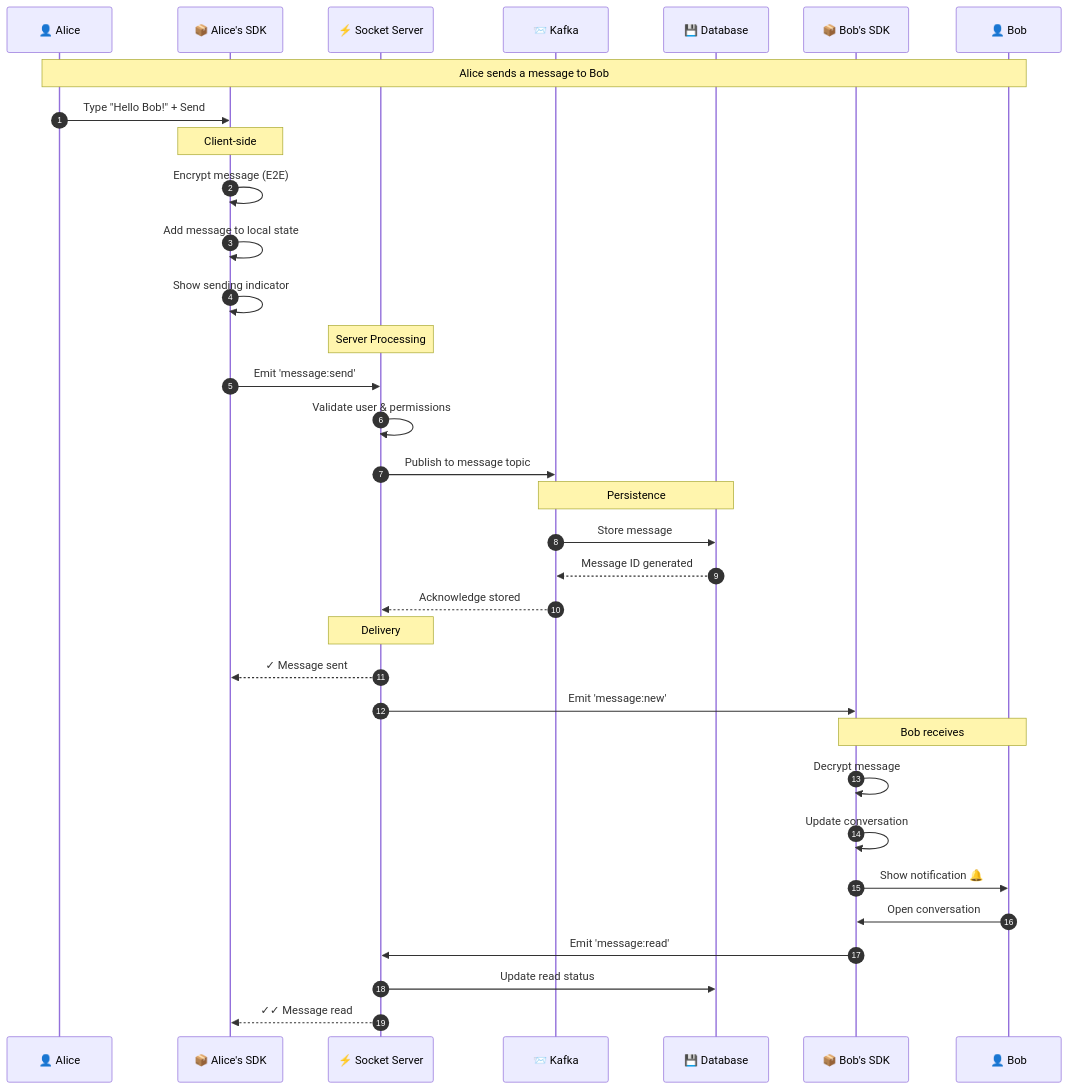
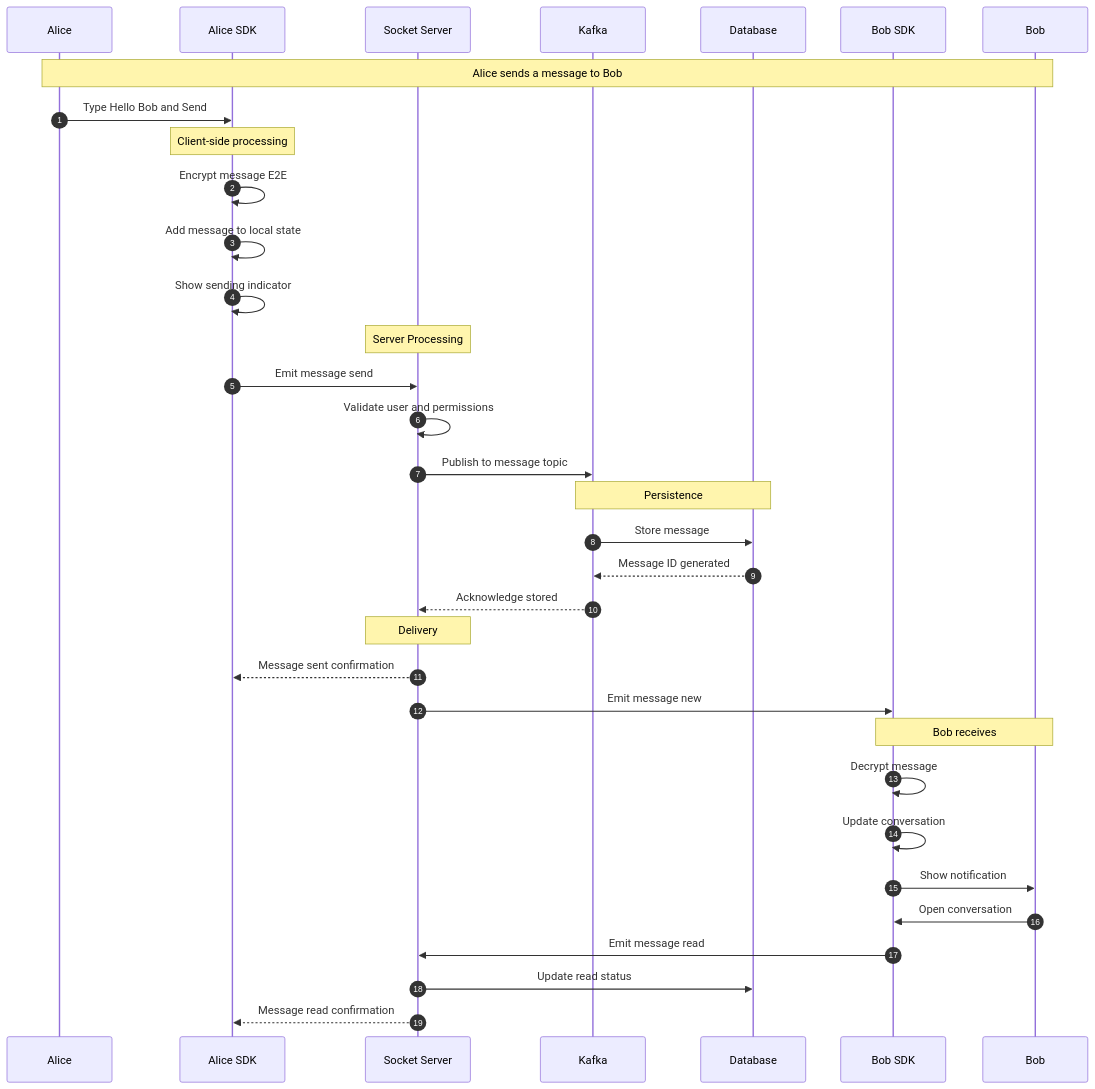
Diagram 17 of 40 in docs/COMPLETE_PLATFORM_VISUAL_GUIDE.md (AtharvaBansod/CAAS), drawn with Mermaid before and after one commit. The commit also changed other lines of this file, not shown here.

````diff
--- a/docs/COMPLETE_PLATFORM_VISUAL_GUIDE.md
+++ b/docs/COMPLETE_PLATFORM_VISUAL_GUIDE.md
@@ -503,44 +589,44 @@
 ```mermaid
 sequenceDiagram
     autonumber
-    participant A as 👤 Alice
-    participant SDK_A as 📦 Alice's SDK
-    participant SOCKET as ⚡ Socket Server
-    participant KAFKA as 📨 Kafka
-    participant DB as 💾 Database
-    participant SDK_B as 📦 Bob's SDK
-    participant B as 👤 Bob
+    participant A as Alice
+    participant SDK_A as Alice SDK
+    participant SOCKET as Socket Server
+    participant KAFKA as Kafka
+    participant DB as Database
+    participant SDK_B as Bob SDK
+    participant B as Bob
     
     Note over A,B: Alice sends a message to Bob
     
-    A->>SDK_A: Type "Hello Bob!" + Send
+    A->>SDK_A: Type Hello Bob and Send
     
-    Note over SDK_A: Client-side
-    SDK_A->>SDK_A: Encrypt message (E2E)
+    Note over SDK_A: Client-side processing
+    SDK_A->>SDK_A: Encrypt message E2E
     SDK_A->>SDK_A: Add message to local state
     SDK_A->>SDK_A: Show sending indicator
     
     Note over SOCKET: Server Processing
-    SDK_A->>SOCKET: Emit 'message:send'
-    SOCKET->>SOCKET: Validate user & permissions
+    SDK_A->>SOCKET: Emit message send
+    SOCKET->>SOCKET: Validate user and permissions
     SOCKET->>KAFKA: Publish to message topic
     
     Note over KAFKA,DB: Persistence
     KAFKA->>DB: Store message
     DB-->>KAFKA: Message ID generated
     KAFKA-->>SOCKET: Acknowledge stored
     
     Note over SOCKET: Delivery
-    SOCKET-->>SDK_A: ✓ Message sent
-    SOCKET->>SDK_B: Emit 'message:new'
+    SOCKET-->>SDK_A: Message sent confirmation
+    SOCKET->>SDK_B: Emit message new
     
     Note over SDK_B,B: Bob receives
     SDK_B->>SDK_B: Decrypt message
     SDK_B->>SDK_B: Update conversation
-    SDK_B->>B: Show notification 🔔
+    SDK_B->>B: Show notification
     
     B->>SDK_B: Open conversation
-    SDK_B->>SOCKET: Emit 'message:read'
+    SDK_B->>SOCKET: Emit message read
     SOCKET->>DB: Update read status
-    SOCKET-->>SDK_A: ✓✓ Message read
+    SOCKET-->>SDK_A: Message read confirmation
 ```
````
